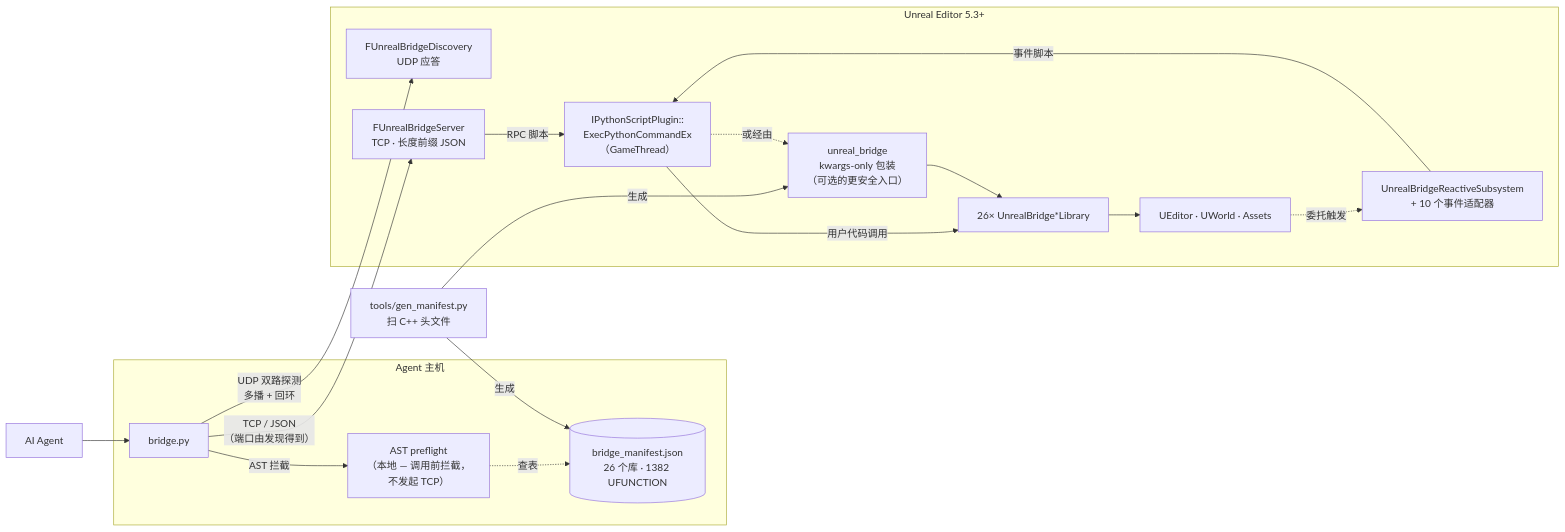
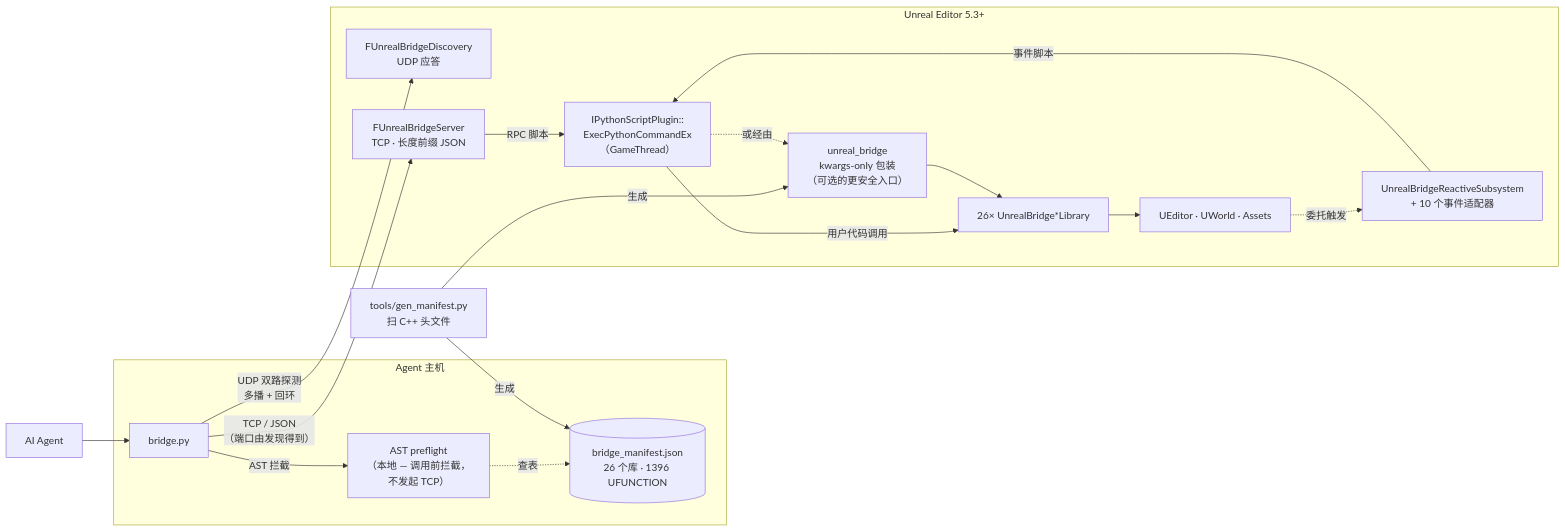
One commit to OnlyDescribe/UnrealBridge changed the diagram in README.zh-CN.md. Above: the diagram before and after it, drawn with Mermaid. The commit also changed other lines of this file and 11 other files, not shown here.

````diff
--- a/README.zh-CN.md
+++ b/README.zh-CN.md
@@ -43,40 +43,40 @@
 ```mermaid
 flowchart LR
     Agent["AI Agent"]
 
     subgraph Host["Agent 主机"]
       CLI["bridge.py"]
       Pre["AST preflight<br/>（本地 — 调用前拦截，<br/>不发起 TCP）"]
-      Mani[("bridge_manifest.json<br/>26 个库 · 1382 UFUNCTION")]
+      Mani[("bridge_manifest.json<br/>26 个库 · 1396 UFUNCTION")]
     end
 
     Gen["tools/gen_manifest.py<br/>扫 C++ 头文件"]
 
     subgraph UE["Unreal Editor 5.3+"]
       Disc["FUnrealBridgeDiscovery<br/>UDP 应答"]
       Server["FUnrealBridgeServer<br/>TCP · 长度前缀 JSON"]
       Reactive["UnrealBridgeReactiveSubsystem<br/>+ 10 个事件适配器"]
       Exec["IPythonScriptPlugin::<br/>ExecPythonCommandEx<br/>（GameThread）"]
       Wrap["unreal_bridge<br/>kwargs-only 包装<br/>（可选的更安全入口）"]
       Libs["26× UnrealBridge*Library"]
       Engine["UEditor · UWorld · Assets"]
     end
 
     Agent --> CLI
     CLI -- "AST 拦截" --> Pre
     Pre -. "查表" .-> Mani
 
     Gen -- "生成" --> Mani
     Gen -- "生成" --> Wrap
 
     CLI -- "UDP 双路探测<br/>多播 + 回环" --> Disc
     CLI -- "TCP / JSON<br/>（端口由发现得到）" --> Server
     Server -- "RPC 脚本" --> Exec
     Engine -. "委托触发" .-> Reactive
     Reactive -- "事件脚本" --> Exec
 
     Exec -- "用户代码调用" --> Libs
     Exec -. "或经由" .-> Wrap
     Wrap --> Libs
     Libs --> Engine
 ```
````
